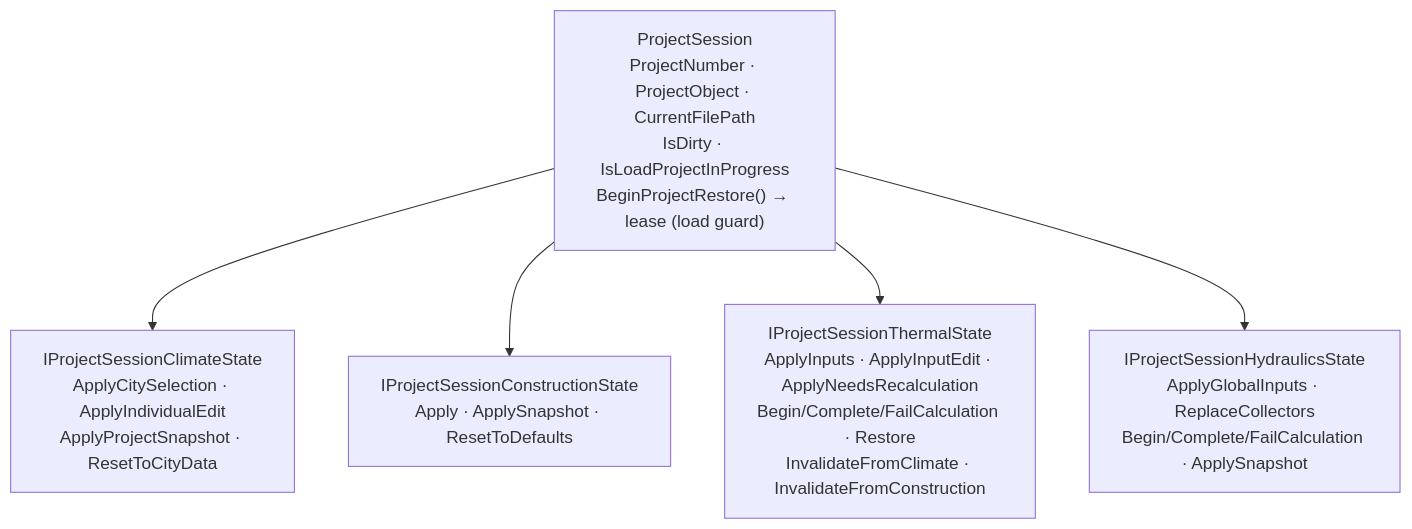
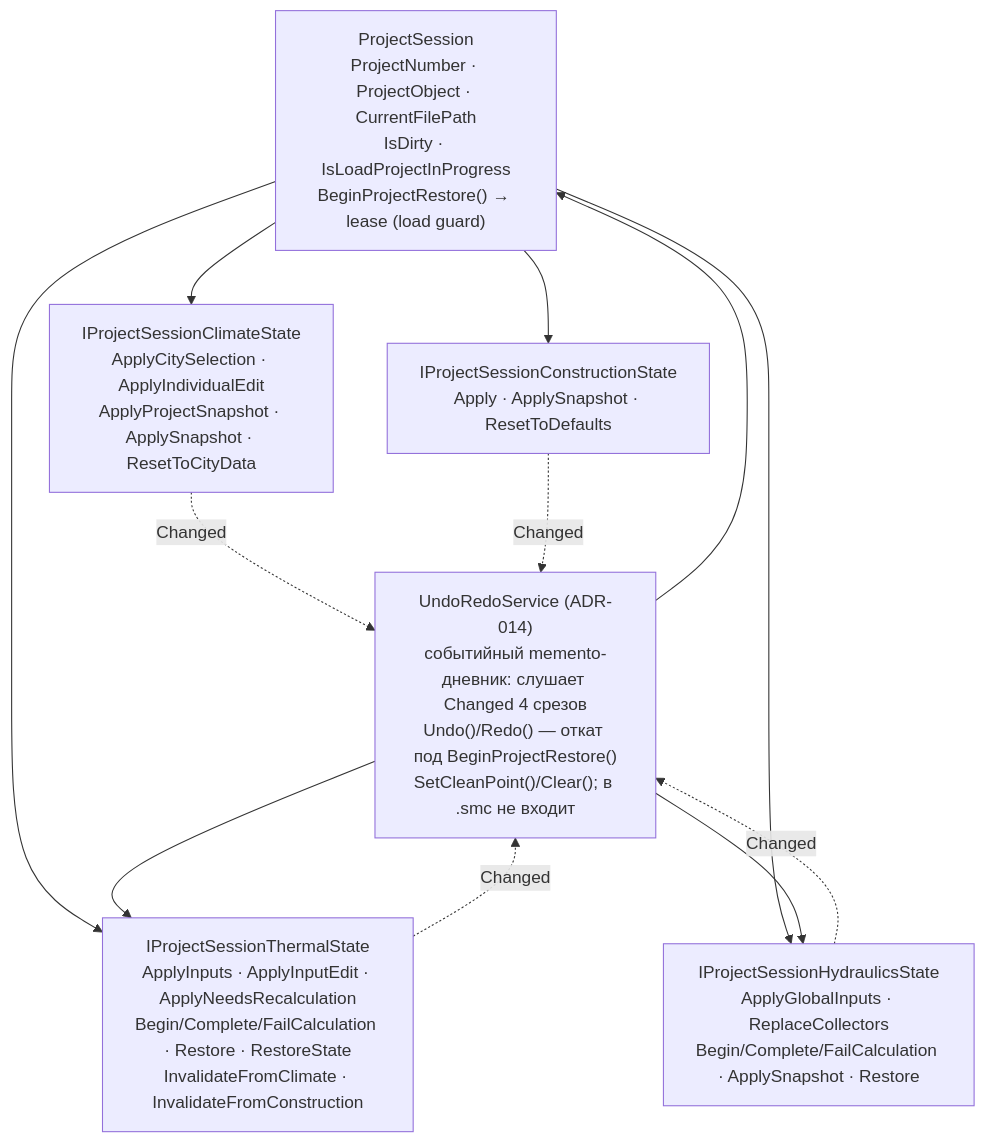
Before and after one commit to aidarinasadullin-coder/AceReh: the diagram in docs/architecture/project-session.md, drawn with Mermaid. The commit also changed other lines of this file and 34 other files, not shown here.

````diff
--- a/docs/architecture/project-session.md
+++ b/docs/architecture/project-session.md
@@ -7,12 +7,20 @@
 ```mermaid
 flowchart TB
     PS["ProjectSession<br/>ProjectNumber · ProjectObject · CurrentFilePath<br/>IsDirty · IsLoadProjectInProgress<br/>BeginProjectRestore() → lease (load guard)"]
-    C["IProjectSessionClimateState<br/>ApplyCitySelection · ApplyIndividualEdit<br/>ApplyProjectSnapshot · ResetToCityData"]
+    C["IProjectSessionClimateState<br/>ApplyCitySelection · ApplyIndividualEdit<br/>ApplyProjectSnapshot · ApplySnapshot · ResetToCityData"]
     K["IProjectSessionConstructionState<br/>Apply · ApplySnapshot · ResetToDefaults"]
-    T["IProjectSessionThermalState<br/>ApplyInputs · ApplyInputEdit · ApplyNeedsRecalculation<br/>Begin/Complete/FailCalculation · Restore<br/>InvalidateFromClimate · InvalidateFromConstruction"]
-    H["IProjectSessionHydraulicsState<br/>ApplyGlobalInputs · ReplaceCollectors<br/>Begin/Complete/FailCalculation · ApplySnapshot"]
+    T["IProjectSessionThermalState<br/>ApplyInputs · ApplyInputEdit · ApplyNeedsRecalculation<br/>Begin/Complete/FailCalculation · Restore · RestoreState<br/>InvalidateFromClimate · InvalidateFromConstruction"]
+    H["IProjectSessionHydraulicsState<br/>ApplyGlobalInputs · ReplaceCollectors<br/>Begin/Complete/FailCalculation · ApplySnapshot · Restore"]
+    U["UndoRedoService (ADR-014)<br/>событийный memento-дневник: слушает Changed 4 срезов<br/>Undo()/Redo() — откат под BeginProjectRestore()<br/>SetCleanPoint()/Clear(); в .smc не входит"]
     PS --> C
     PS --> K
     PS --> T
     PS --> H
+    U --> PS
+    U --> T
+    U --> H
+    C -. Changed .-> U
+    K -. Changed .-> U
+    T -. Changed .-> U
+    H -. Changed .-> U
 ```
````
